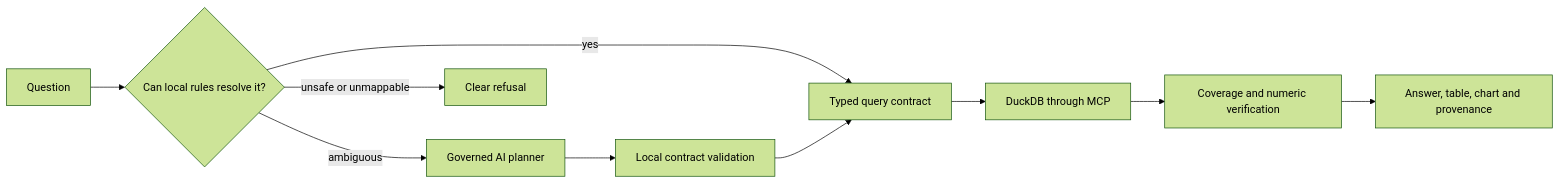
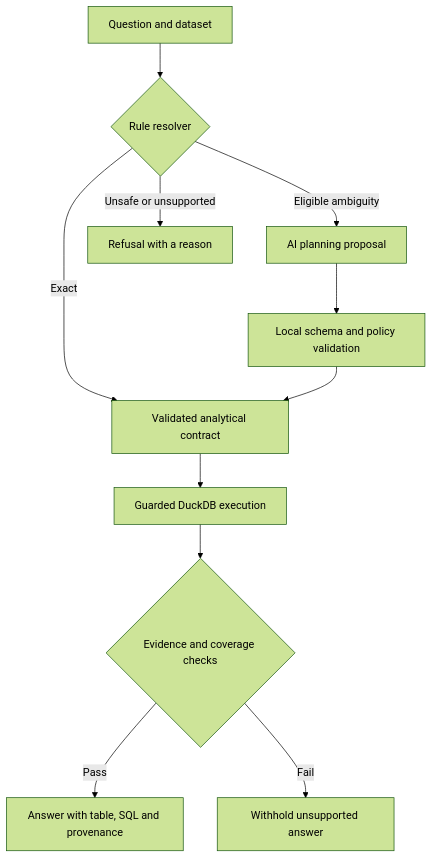
Before and after one commit to NirmalKumar31/agentic-analytics-engine: the diagram in README.md, drawn with Mermaid (forest theme). The commit also changed other lines of this file and 71 other files, not shown here.

````diff
--- a/README.md
+++ b/README.md
@@ -22,12 +38,13 @@
 ```mermaid
-flowchart LR
-  Q[Question] --> R{Can local rules resolve it?}
-  R -->|yes| C[Typed query contract]
-  R -->|ambiguous| P[Governed AI planner]
-  P --> V[Local contract validation]
+flowchart TD
+  Q[Question and dataset] --> R{Rule resolver}
+  R -->|Exact| C[Validated analytical contract]
+  R -->|Eligible ambiguity| P[AI planning proposal]
+  P --> V[Local schema and policy validation]
   V --> C
-  R -->|unsafe or unmappable| X[Clear refusal]
-  C --> D[DuckDB through MCP]
-  D --> G[Coverage and numeric verification]
-  G --> O[Answer, table, chart and provenance]
+  R -->|Unsafe or unsupported| X[Refusal with a reason]
+  C --> D[Guarded DuckDB execution]
+  D --> G{Evidence and coverage checks}
+  G -->|Pass| A[Answer with table, SQL and provenance]
+  G -->|Fail| W[Withhold unsupported answer]
 ```
````
